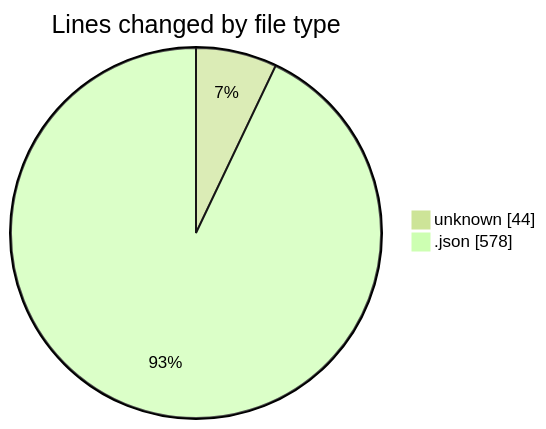
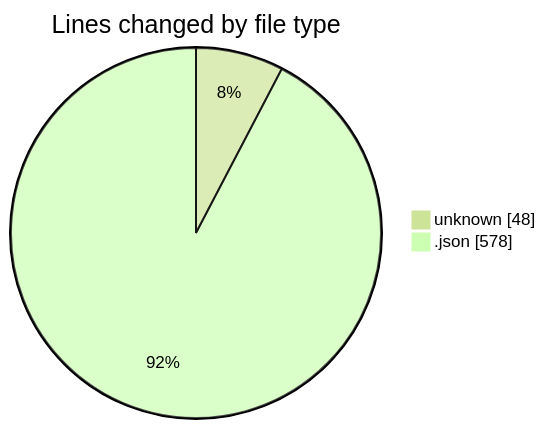
The first of 2 diagrams in 2025-07-12/cursor-openrouter-proxy/README.md (EIIisD/code-tracking), drawn with Mermaid (forest theme) before and after one commit. The commit also changed other lines of this file and 1 other file, not shown here.

````diff
--- a/2025-07-12/cursor-openrouter-proxy/README.md
+++ b/2025-07-12/cursor-openrouter-proxy/README.md
@@ -21,6 +21,6 @@
 ```mermaid
 pie showData
 title Lines changed by file type
-"unknown" : 44
+"unknown" : 48
 ".json" : 578
 ```
````
